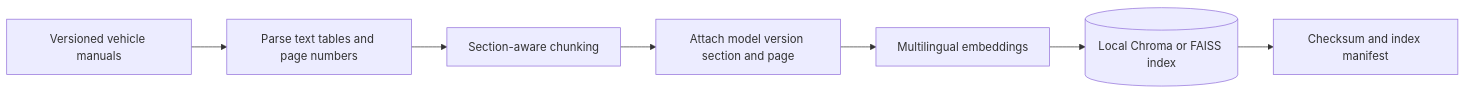
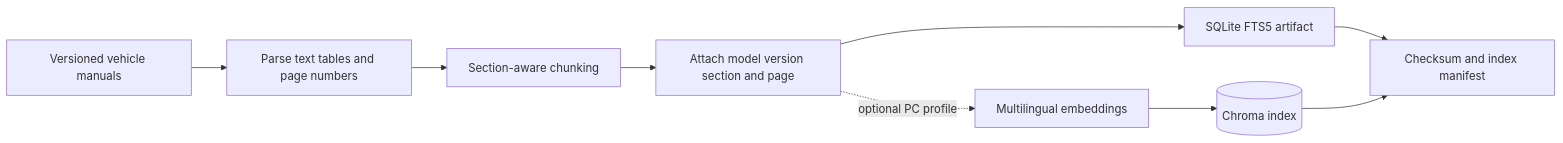
Before and after one commit to hungdinh82/p-126-public-deploy: the fourth of 5 diagrams in docs/architecture_diagram.md, drawn with Mermaid. The commit also changed other lines of this file and 82 other files, not shown here.

````diff
--- a/docs/architecture_diagram.md
+++ b/docs/architecture_diagram.md
@@ -193,9 +193,11 @@
 ```mermaid
 flowchart LR
     Manuals[Versioned vehicle manuals] --> Parse[Parse text tables and page numbers]
     Parse --> Chunk[Section-aware chunking]
     Chunk --> Metadata[Attach model version section and page]
-    Metadata --> Embed[Multilingual embeddings]
-    Embed --> Index[(Local Chroma or FAISS index)]
+    Metadata --> FTS[SQLite FTS5 artifact]
+    Metadata -. optional PC profile .-> Embed[Multilingual embeddings]
+    Embed --> Index[(Chroma index)]
+    FTS --> Manifest[Checksum and index manifest]
     Index --> Manifest[Checksum and index manifest]
 ```
````
